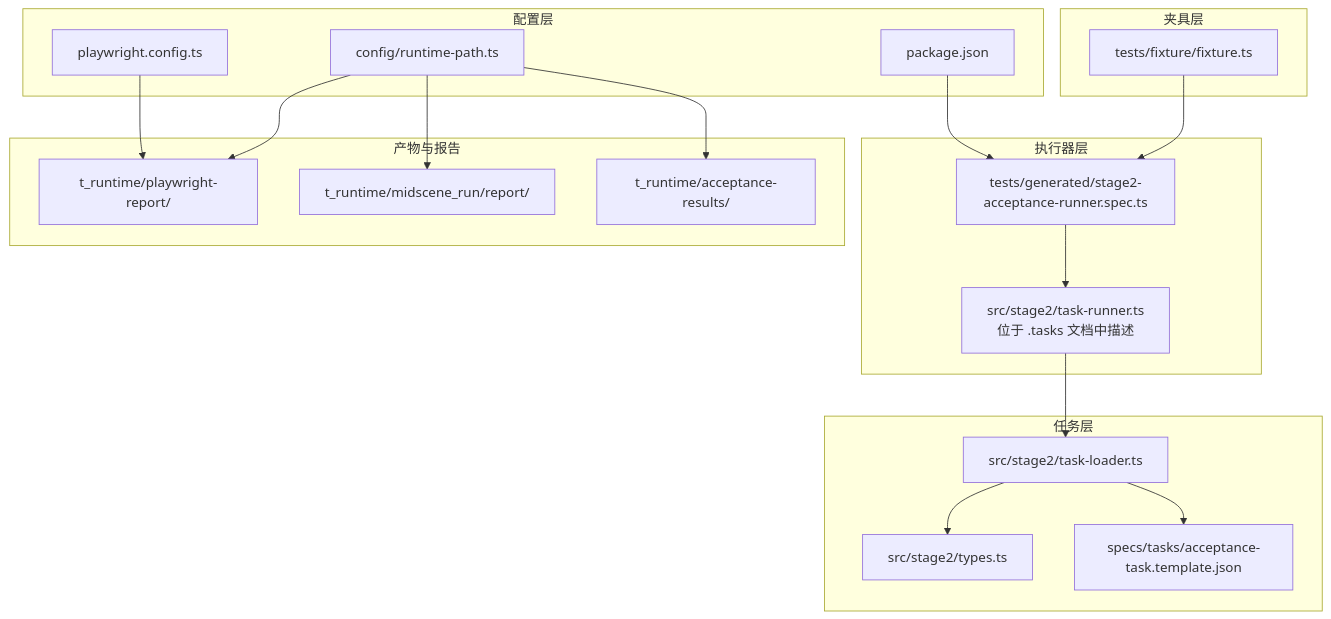
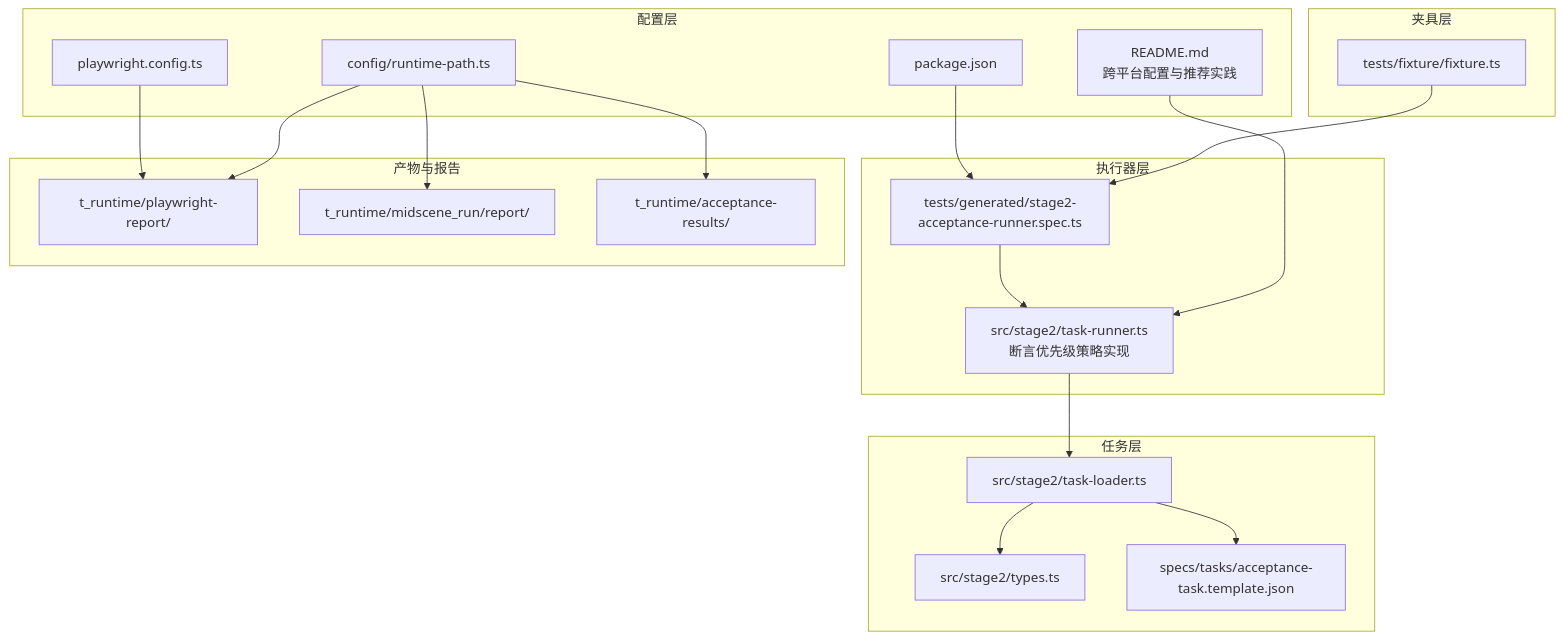
The second of 7 diagrams in .qoder/repowiki/zh/content/测试规范/测试规范.md (Jiane-EJ/playwright-mind), drawn with Mermaid before and after one commit. The commit also changed other lines of this file and 5 other files, not shown here.

````diff
--- a/.qoder/repowiki/zh/content/测试规范/测试规范.md
+++ b/.qoder/repowiki/zh/content/测试规范/测试规范.md
@@ -104,35 +109,37 @@
 ```mermaid
 graph TB
 subgraph "配置层"
 P["playwright.config.ts"]
 R["config/runtime-path.ts"]
 N["package.json"]
+END["README.md<br/>跨平台配置与推荐实践"]
 end
 subgraph "夹具层"
 F["tests/fixture/fixture.ts"]
 end
 subgraph "执行器层"
 S2["tests/generated/stage2-acceptance-runner.spec.ts"]
-TR["src/stage2/task-runner.ts<br/>位于 .tasks 文档中描述"]
+TR["src/stage2/task-runner.ts<br/>断言优先级策略实现"]
 end
 subgraph "任务层"
 TL["src/stage2/task-loader.ts"]
 TT["src/stage2/types.ts"]
 TPL["specs/tasks/acceptance-task.template.json"]
 end
 subgraph "产物与报告"
 PR["t_runtime/playwright-report/"]
 MR["t_runtime/midscene_run/report/"]
 AR["t_runtime/acceptance-results/"]
 end
 P --> PR
 R --> PR
 R --> MR
 R --> AR
 N --> S2
 S2 --> TR
 TR --> TL
 TL --> TT
 TL --> TPL
 F --> S2
+END --> TR
 ```
````
